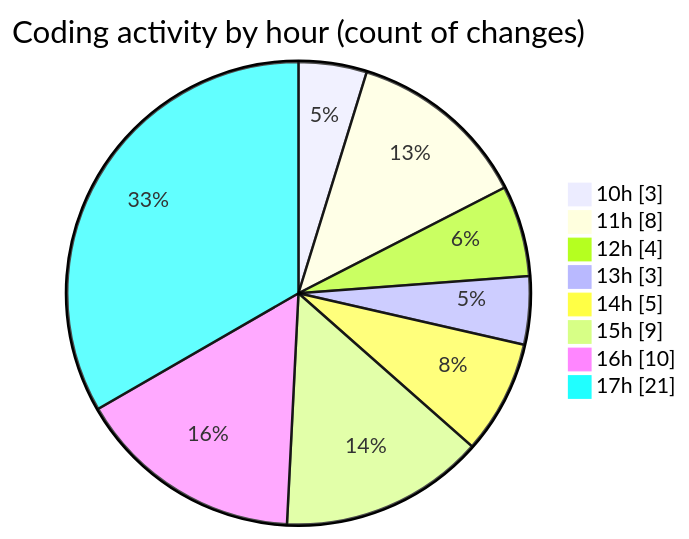
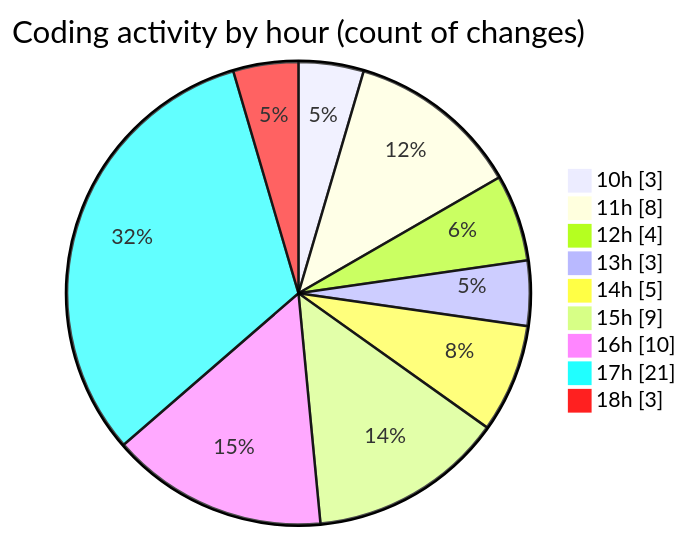
One commit to nxtqubesakshisongat/code-tracking changed the second of 2 diagrams in 2025-11-07/nxtqube_webapp/README.md. Above: the diagram before and after it, drawn with Mermaid. The commit also changed other lines of this file and 1 other file, not shown here.

````diff
--- a/2025-11-07/nxtqube_webapp/README.md
+++ b/2025-11-07/nxtqube_webapp/README.md
@@ -36,12 +36,13 @@
 ```mermaid
 pie showData
 title Coding activity by hour (count of changes)
 "10h" : 3
 "11h" : 8
 "12h" : 4
 "13h" : 3
 "14h" : 5
 "15h" : 9
 "16h" : 10
 "17h" : 21
+"18h" : 3
 ```
````
